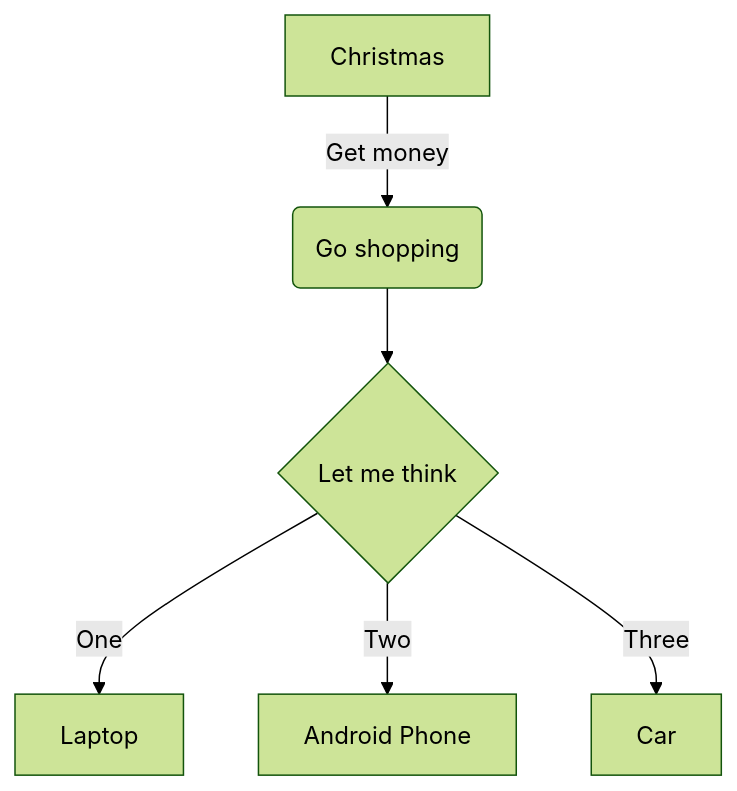
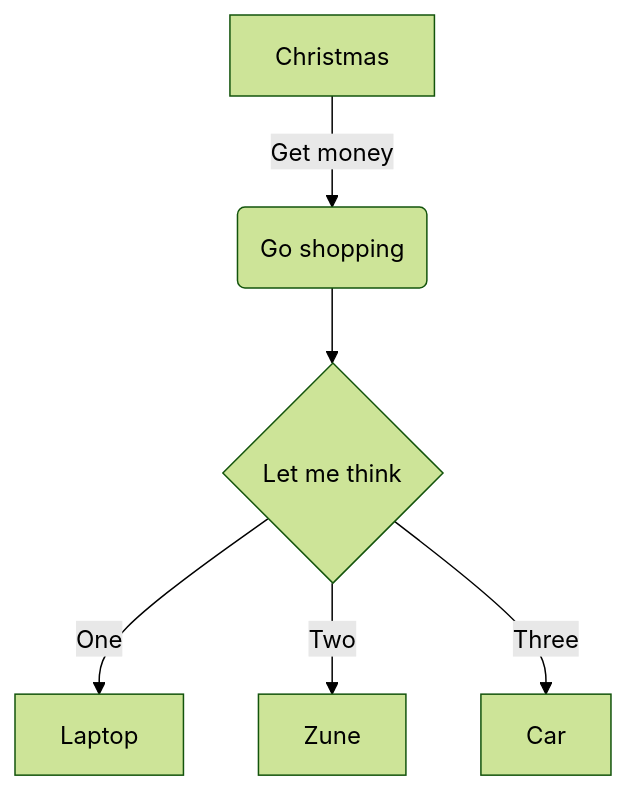
One commit to Sebastian-Glentworth/MermaidGitDiffViewer changed the diagram in test.mmd. Above: the diagram before and after it, drawn with Mermaid (forest theme).

Commit message:
Updated test mmd again

```diff
--- a/test.mmd
+++ b/test.mmd
@@ -1,6 +1,6 @@
 graph TD
 A[Christmas] -->|Get money| B(Go shopping)
 B --> C{Let me think}
 C -->|One| D[Laptop]
-C -->|Two| E[Android Phone]
+C -->|Two| E[Zune]
 C -->|Three| F[Car]
```
